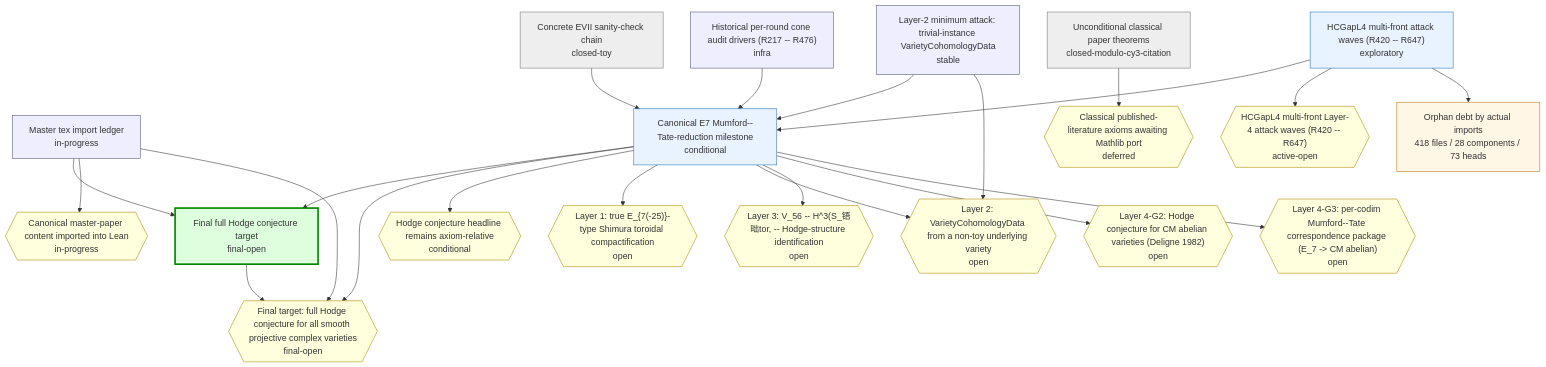
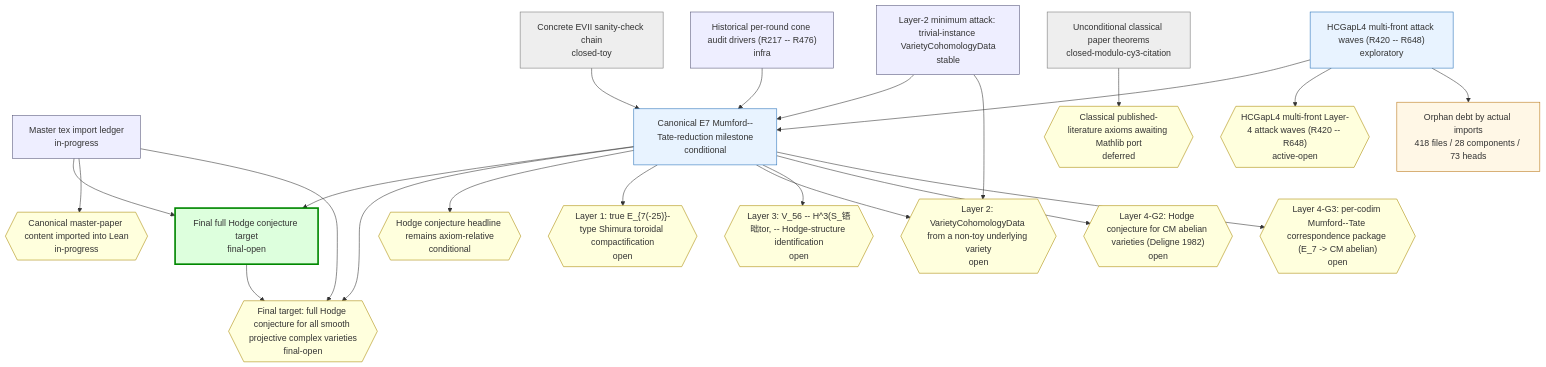
The first of 2 diagrams in chain-status/research-map.md (crabsatellite/hodge-conjecture-lean4-formalization), drawn with Mermaid before and after one commit. The commit also changed other lines of this file and 8 other files, not shown here.

````diff
--- a/chain-status/research-map.md
+++ b/chain-status/research-map.md
@@ -46,54 +46,54 @@
 ```mermaid
 graph TD
   classDef main fill:#dfd,stroke:#080,stroke-width:3px
   classDef active fill:#e8f3ff,stroke:#2670b8
   classDef support fill:#eef,stroke:#557
   classDef closed fill:#eee,stroke:#777
   classDef dead fill:#fdd,stroke:#a00,stroke-width:2px
   classDef gapOpen fill:#ffd,stroke:#a80
   classDef gapClosed fill:#eee,stroke:#777
   classDef gapDead fill:#fdd,stroke:#a00
   classDef debt fill:#fff7e6,stroke:#b87514
   classDef debtTaxonomy fill:#e8f3ff,stroke:#2670b8,stroke-dasharray:3 3
   classDef debtRule fill:#eefbea,stroke:#398439,stroke-dasharray:3 3
   classDef debtDead fill:#fdd,stroke:#a00,stroke-dasharray:3 3
   chain_full_hc_final_target["Final full Hodge conjecture target\nfinal-open"]:::main
   chain_master_paper_import_ledger["Master tex import ledger\nin-progress"]:::support
   chain_main_hc_axiom_relative["Canonical E7 Mumford--Tate-reduction milestone\nconditional"]:::active
   chain_unconditional_classical["Unconditional classical paper theorems\nclosed-modulo-cy3-citation"]:::closed
   chain_hcgap_l2_trivial_instances["Layer-2 minimum attack: trivial-instance VarietyCohomologyData\nstable"]:::support
-  chain_hcgap_l4_multifront_active["HCGapL4 multi-front attack waves (R420 -- R647)\nexploratory"]:::active
+  chain_hcgap_l4_multifront_active["HCGapL4 multi-front attack waves (R420 -- R648)\nexploratory"]:::active
   chain_concrete_evii_toy["Concrete EVII sanity-check chain\nclosed-toy"]:::closed
   chain_historical_cone_audits["Historical per-round cone audit drivers (R217 -- R476)\ninfra"]:::support
   gap_G_full_hc{{"Final target: full Hodge conjecture for all smooth projective complex varieties\nfinal-open"}}:::gapOpen
   gap_G_master_paper_import{{"Canonical master-paper content imported into Lean\nin-progress"}}:::gapOpen
   gap_G_main_hc{{"Hodge conjecture headline remains axiom-relative\nconditional"}}:::gapOpen
   gap_G_l1_e7_shimura_tor{{"Layer 1: true E_{7(-25)}-type Shimura toroidal compactification\nopen"}}:::gapOpen
   gap_G_l2_cohomology_construction{{"Layer 2: VarietyCohomologyData from a non-toy underlying variety\nopen"}}:::gapOpen
   gap_G_l3_v56_mt_identification{{"Layer 3: V_56 -- H^3(S_铻昢tor, -- Hodge-structure identification\nopen"}}:::gapOpen
   gap_G_l4_cm_abelian_hc{{"Layer 4-G2: Hodge conjecture for CM abelian varieties (Deligne 1982)\nopen"}}:::gapOpen
   gap_G_l4_mt_correspondence{{"Layer 4-G3: per-codim Mumford--Tate correspondence package (E_7 -> CM abelian)\nopen"}}:::gapOpen
   gap_G_classical_mathlib_port{{"Classical published-literature axioms awaiting Mathlib port\ndeferred"}}:::gapOpen
-  gap_G_hcgap_l4_multifront{{"HCGapL4 multi-front Layer-4 attack waves (R420 -- R647)\nactive-open"}}:::gapOpen
+  gap_G_hcgap_l4_multifront{{"HCGapL4 multi-front Layer-4 attack waves (R420 -- R648)\nactive-open"}}:::gapOpen
   chain_full_hc_final_target --> gap_G_full_hc
   chain_master_paper_import_ledger --> chain_full_hc_final_target
   chain_master_paper_import_ledger --> gap_G_master_paper_import
   chain_master_paper_import_ledger --> gap_G_full_hc
   chain_main_hc_axiom_relative --> chain_full_hc_final_target
   chain_main_hc_axiom_relative --> gap_G_full_hc
   chain_main_hc_axiom_relative --> gap_G_main_hc
   chain_main_hc_axiom_relative --> gap_G_l1_e7_shimura_tor
   chain_main_hc_axiom_relative --> gap_G_l2_cohomology_construction
   chain_main_hc_axiom_relative --> gap_G_l3_v56_mt_identification
   chain_main_hc_axiom_relative --> gap_G_l4_cm_abelian_hc
   chain_main_hc_axiom_relative --> gap_G_l4_mt_correspondence
   chain_unconditional_classical --> gap_G_classical_mathlib_port
   chain_hcgap_l2_trivial_instances --> chain_main_hc_axiom_relative
   chain_hcgap_l2_trivial_instances --> gap_G_l2_cohomology_construction
   chain_hcgap_l4_multifront_active --> chain_main_hc_axiom_relative
   chain_hcgap_l4_multifront_active --> gap_G_hcgap_l4_multifront
   chain_concrete_evii_toy --> chain_main_hc_axiom_relative
   chain_historical_cone_audits --> chain_main_hc_axiom_relative
   debt_all["Orphan debt by actual imports\n418 files / 28 components / 73 heads"]:::debt
   chain_hcgap_l4_multifront_active --> debt_all
 ```
````
